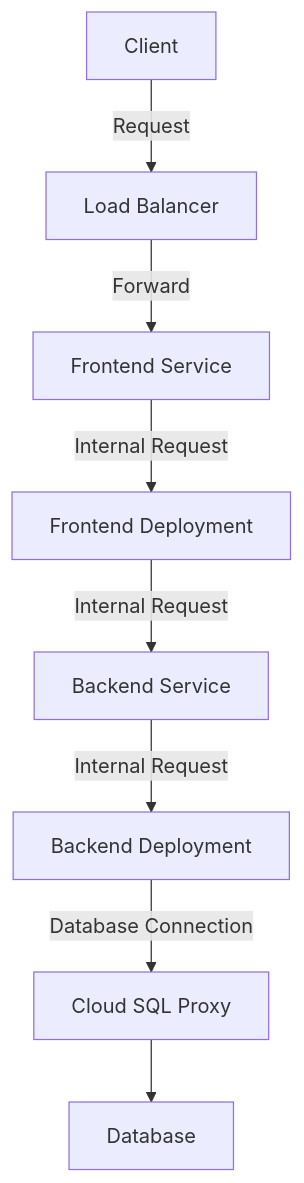
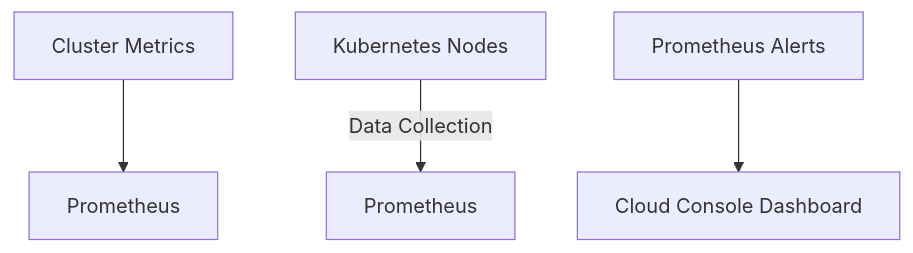
One commit to Hacka25/webapp changed the first of 3 diagrams in README.md. Above: the diagram before and after it, drawn with Mermaid. The commit also changed other lines of this file, not shown here.

Commit message:
[skip-autodocs] Update README and architecture diagram

````diff
--- a/README.md
+++ b/README.md
@@ -5,10 +106,6 @@
 ```mermaid
 graph TD
-    A[Client] -->|Request| B[Load Balancer]
-    B -->|Forward| C[Frontend Service]
-    C -->|Internal Request| D[Frontend Deployment]
-    D -->|Internal Request| E[Backend Service]
-    E -->|Internal Request| F[Backend Deployment]
-    F -->|Database Connection| G[Cloud SQL Proxy]
-    G --> H[Database]
+    A[Cluster Metrics] --> B[Prometheus]
+    C[Kubernetes Nodes] -->|Data Collection| D[Prometheus]
+    E[Prometheus Alerts] --> F[Cloud Console Dashboard]
 ```
````
